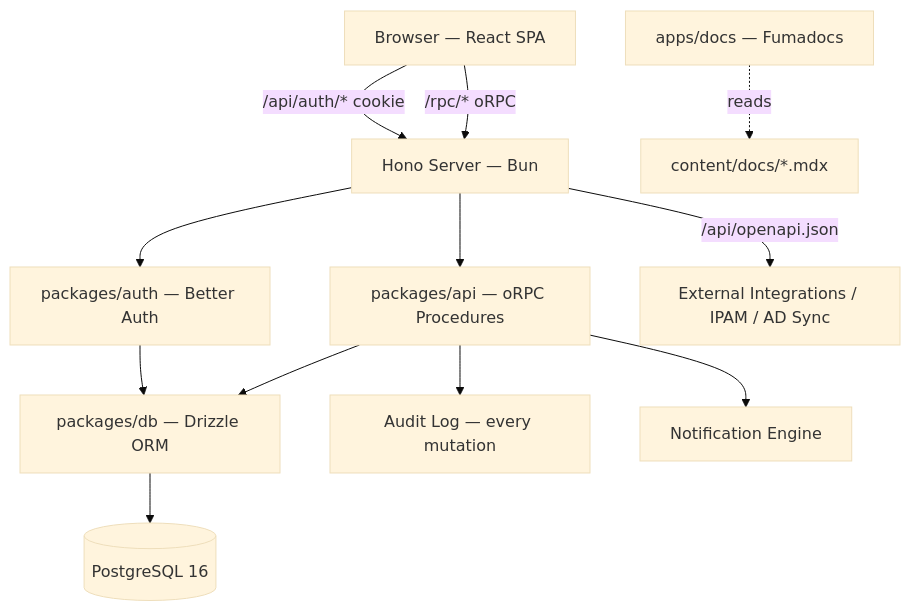
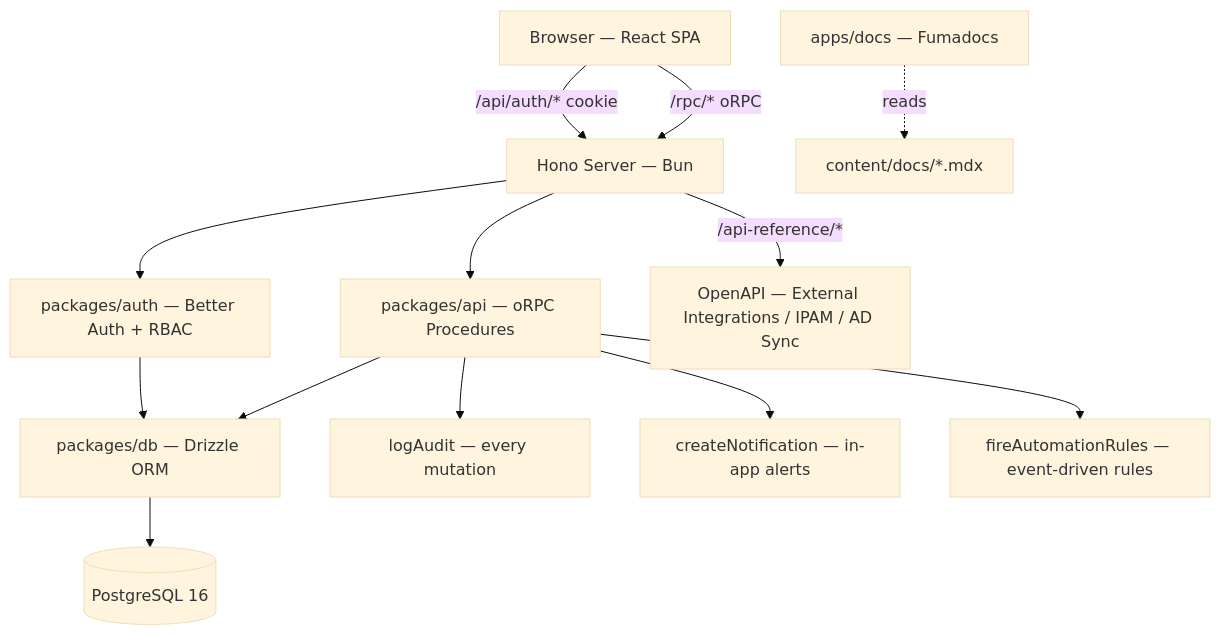
Before and after one commit to kareemschultz/ndma-dcs-staff-portal: the diagram in README.md, drawn with Mermaid (base theme). The commit also changed other lines of this file, not shown here.

First line of the commit message:
docs(readme): update features, schema table, architecture to reflect current state

````diff
--- a/README.md
+++ b/README.md
@@ -275,14 +298,15 @@
 ```mermaid
 graph TB
     A[Browser — React SPA] -->|/rpc/* oRPC| B[Hono Server — Bun]
     A -->|/api/auth/* cookie| B
     B --> C[packages/api — oRPC Procedures]
-    B --> D[packages/auth — Better Auth]
+    B --> D[packages/auth — Better Auth + RBAC]
     C --> E[packages/db — Drizzle ORM]
     D --> E
     E --> F[(PostgreSQL 16)]
-    C --> G[Audit Log — every mutation]
-    C --> H[Notification Engine]
+    C --> G[logAudit — every mutation]
+    C --> H[createNotification — in-app alerts]
+    C --> L[fireAutomationRules — event-driven rules]
     I[apps/docs — Fumadocs] -.->|reads| J[content/docs/*.mdx]
-    B -->|/api/openapi.json| K[External Integrations / IPAM / AD Sync]
+    B -->|/api-reference/*| K[OpenAPI — External Integrations / IPAM / AD Sync]
 ```
````
